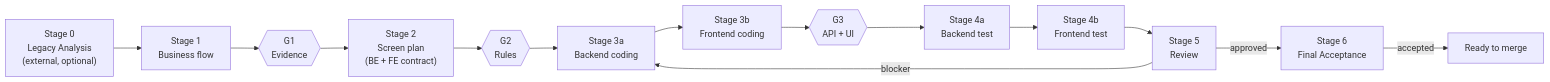
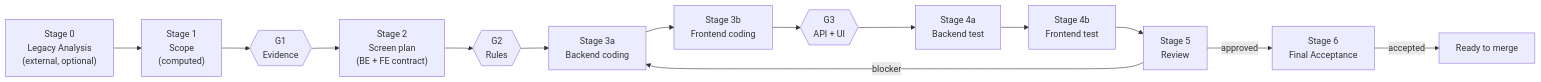
One commit to tuanvtanrakutei/access-modernization-kit changed the second of 2 diagrams in plugins/ak/modernize/README.md. Above: the diagram before and after it, drawn with Mermaid. The commit also changed other lines of this file and 33 other files, not shown here.

````diff
--- a/plugins/ak/modernize/README.md
+++ b/plugins/ak/modernize/README.md
@@ -82,16 +82,16 @@
 ```mermaid
 flowchart LR
-    S0["Stage 0<br/>Legacy Analysis<br/>(external, optional)"] --> S1["Stage 1<br/>Business flow"]
+    S0["Stage 0<br/>Legacy Analysis<br/>(external, optional)"] --> S1["Stage 1<br/>Scope<br/>(computed)"]
     S1 --> G1{{"G1<br/>Evidence"}}
     G1 --> S2["Stage 2<br/>Screen plan<br/>(BE + FE contract)"]
     S2 --> G2{{"G2<br/>Rules"}}
     G2 --> S3a["Stage 3a<br/>Backend coding"]
     S3a --> S3b["Stage 3b<br/>Frontend coding"]
     S3b --> G3{{"G3<br/>API + UI"}}
     G3 --> S4a["Stage 4a<br/>Backend test"]
     S4a --> S4b["Stage 4b<br/>Frontend test"]
     S4b --> S5["Stage 5<br/>Review"]
     S5 -->|blocker| S3a
     S5 -->|approved| S6["Stage 6<br/>Final Acceptance"]
     S6 -->|accepted| DONE["Ready to merge"]
 ```
````
